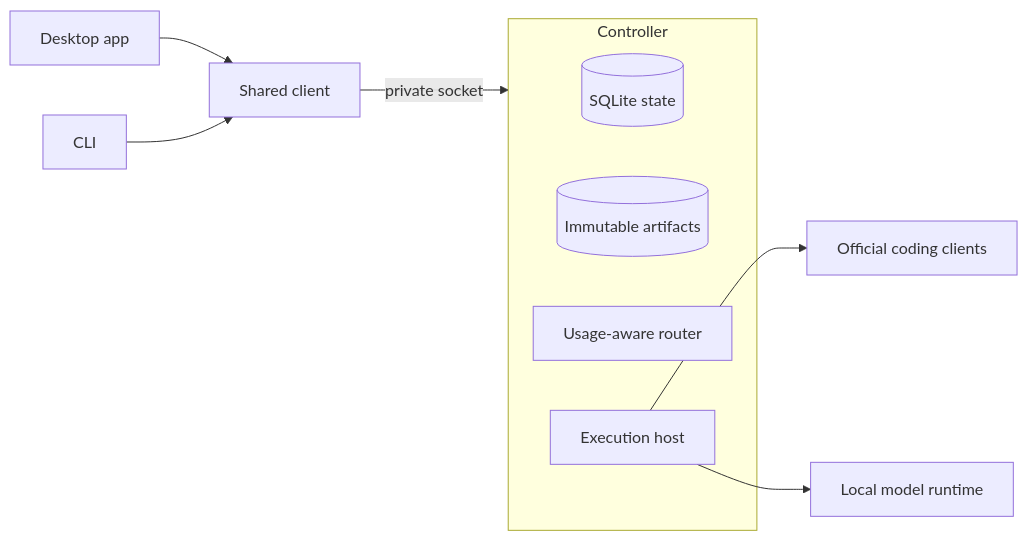
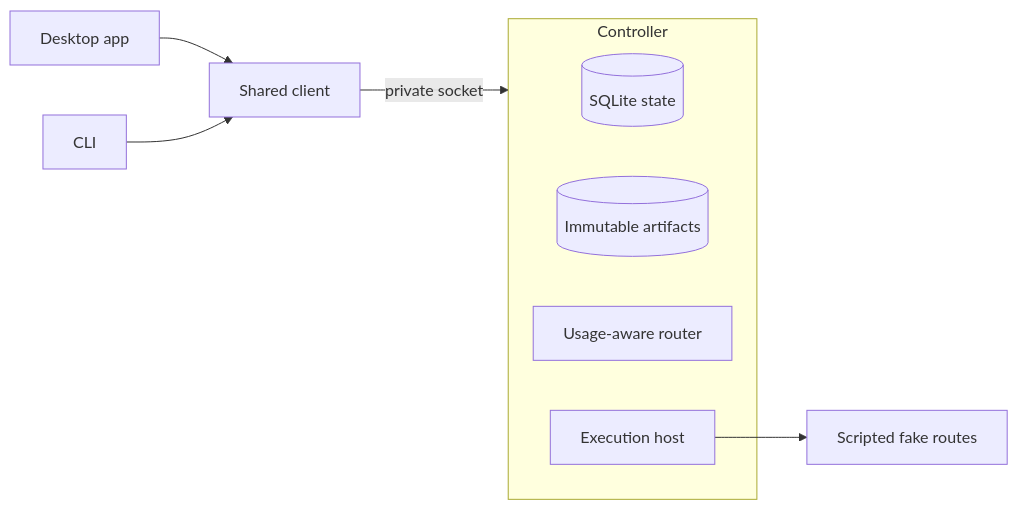
One commit to rjk6831/crewkite changed the diagram in README.md. Above: the diagram before and after it, drawn with Mermaid. The commit also changed other lines of this file and 4 other files, not shown here.

First line of the commit message:
build(package): qualify the local fake-provider runtime

````diff
--- a/README.md
+++ b/README.md
@@ -48,14 +50,13 @@
 ```mermaid
 flowchart LR
   desktop[Desktop app] --> client[Shared client]
   cli[CLI] --> client
   client -- private socket --> controller
   subgraph controller[Controller]
     state[(SQLite state)]
     artifacts[(Immutable artifacts)]
     router[Usage-aware router]
     host[Execution host]
   end
-  host --> official[Official coding clients]
-  host --> local[Local model runtime]
+  host --> scripted[Scripted fake routes]
 ```
````
